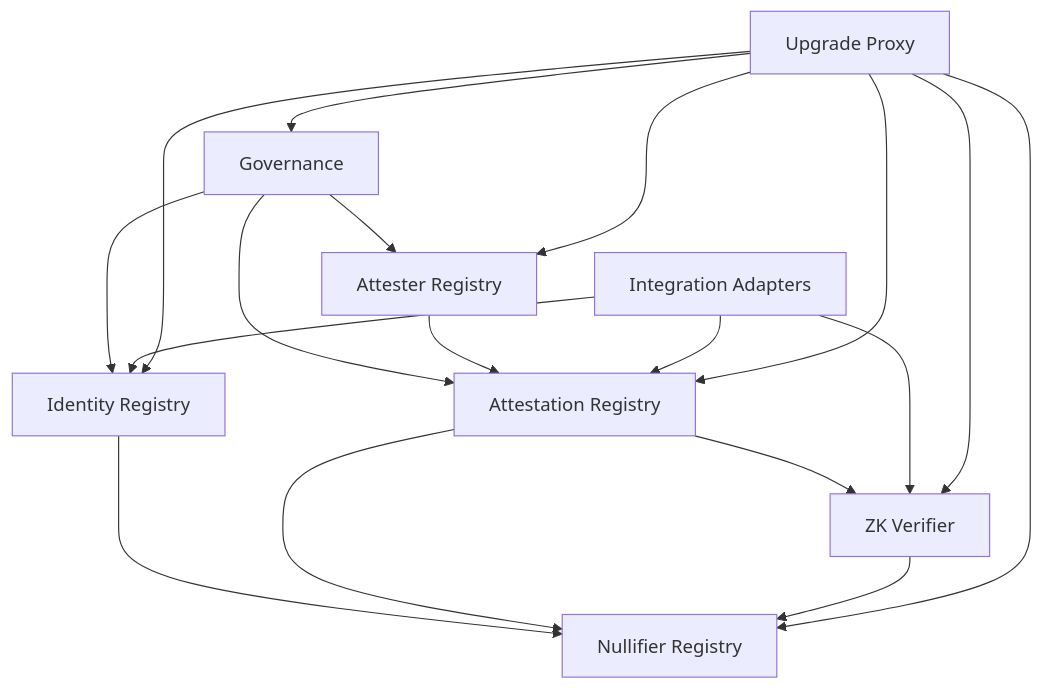
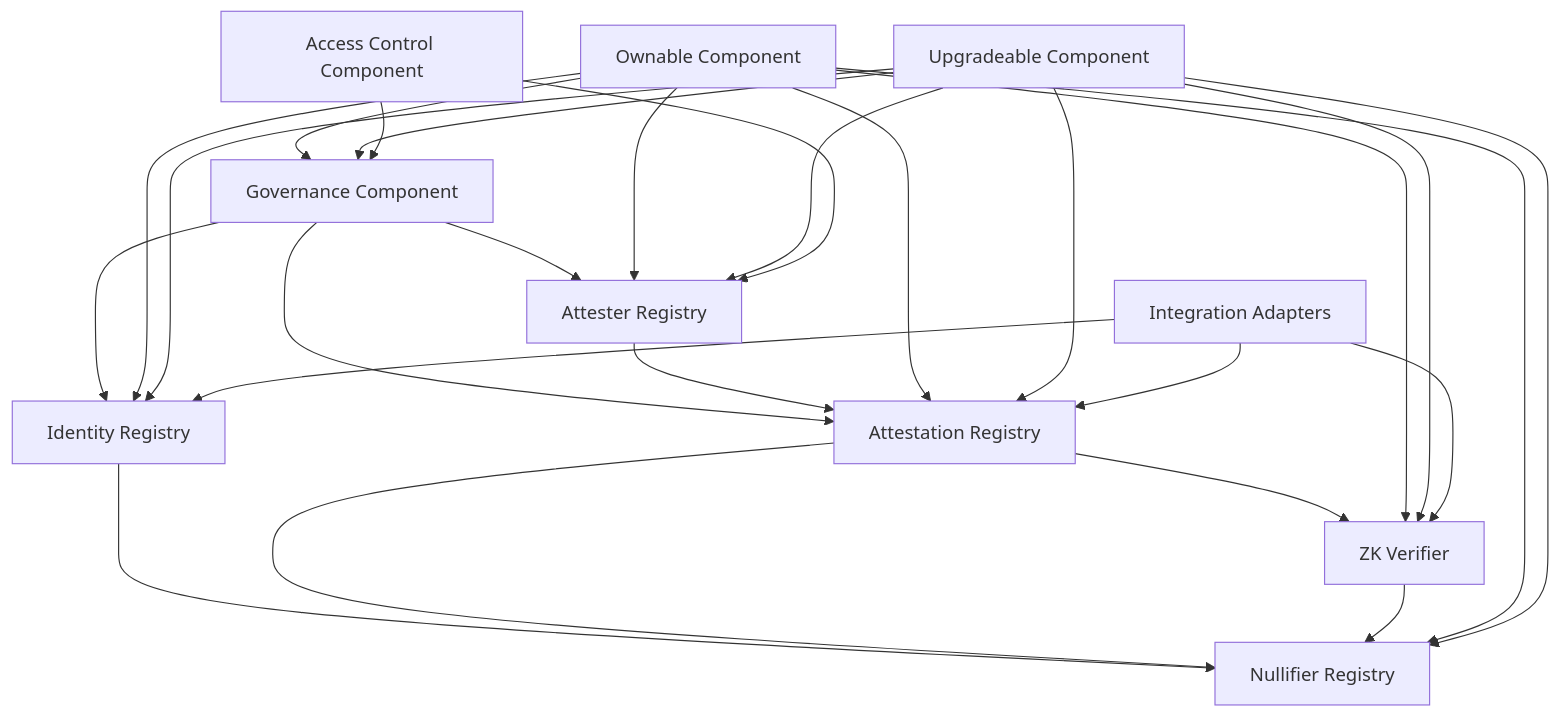
The first of 5 diagrams in docs/technical_deep_dive/smartContractArchitecture.md (Cass402/DiD_repLayer_Starknet), drawn with Mermaid before and after one commit. The commit also changed other lines of this file, not shown here.

Commit message:
Upgrade Smart Contract Architecture Fixes #3

````diff
--- a/docs/technical_deep_dive/smartContractArchitecture.md
+++ b/docs/technical_deep_dive/smartContractArchitecture.md
@@ -120,20 +135,32 @@
 ```mermaid
 graph TD
-    A[Governance] --> B[Identity Registry]
+    A[Governance Component] --> B[Identity Registry]
     A --> C[Attestation Registry]
     A --> D[Attester Registry]
     B --> E[Nullifier Registry]
     C --> E
     C --> F[ZK Verifier]
     D --> C
     F --> E
-    G[Integration Adapters] --> B
+
+    G[Ownable Component] --> A
+    G --> B
     G --> C
+    G --> D
+    G --> E
     G --> F
-    H[Upgrade Proxy] --> A
+
+    H[Upgradeable Component] --> A
     H --> B
     H --> C
     H --> D
     H --> E
     H --> F
+
+    I[Integration Adapters] --> B
+    I --> C
+    I --> F
+
+    J[Access Control Component] --> A
+    J --> D
 ```
````
